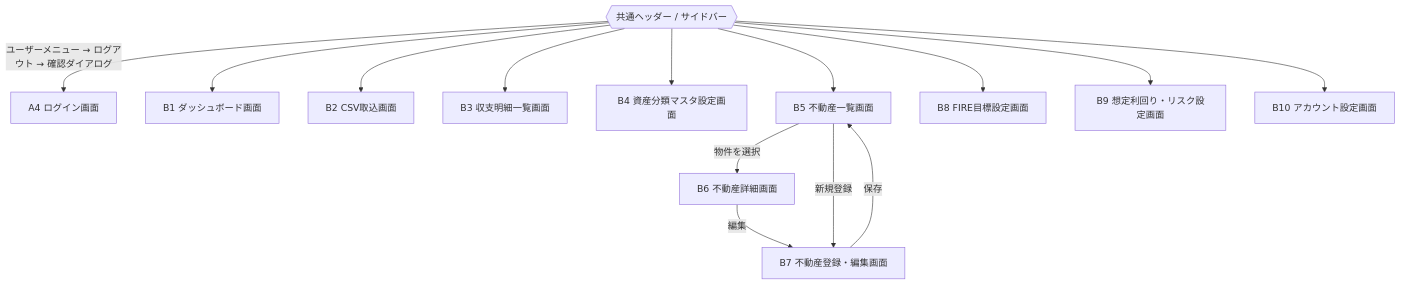
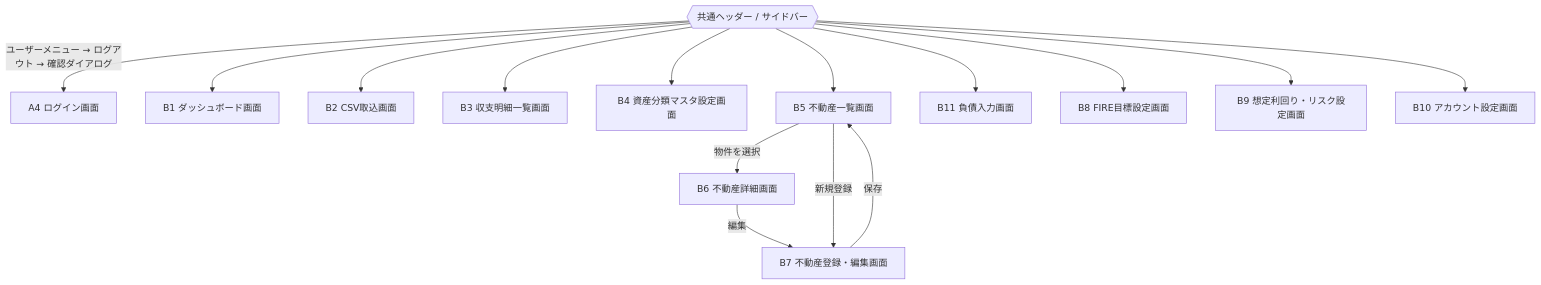
Before and after one commit to KunitoObara/FIRE_FIRE: the third of 3 diagrams in docs/screen-list-and-transitions.md, drawn with Mermaid. The commit also changed other lines of this file and 23 other files, not shown here.

````diff
--- a/docs/screen-list-and-transitions.md
+++ b/docs/screen-list-and-transitions.md
@@ -151,18 +154,19 @@
 ```mermaid
 flowchart TD
     Nav{{共通ヘッダー / サイドバー}}
     Nav -->|ユーザーメニュー → ログアウト → 確認ダイアログ| Login[A4 ログイン画面]
     Nav --> Dashboard[B1 ダッシュボード画面]
     Nav --> CsvImport[B2 CSV取込画面]
     Nav --> Transactions[B3 収支明細一覧画面]
     Nav --> CategoryMaster[B4 資産分類マスタ設定画面]
     Nav --> RealEstateList[B5 不動産一覧画面]
+    Nav --> DebtInput[B11 負債入力画面]
     Nav --> FireGoal[B8 FIRE目標設定画面]
     Nav --> AssumptionSettings[B9 想定利回り・リスク設定画面]
     Nav --> AccountSettings[B10 アカウント設定画面]
 
     RealEstateList -->|物件を選択| RealEstateDetail[B6 不動産詳細画面]
     RealEstateDetail -->|編集| RealEstateEdit[B7 不動産登録・編集画面]
     RealEstateList -->|新規登録| RealEstateEdit
     RealEstateEdit -->|保存| RealEstateList
 ```
````
